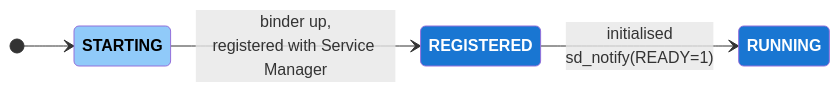
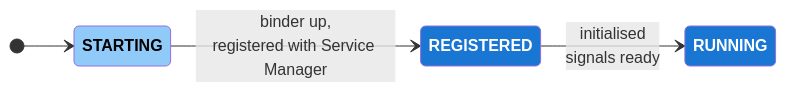
Before and after one commit to rdkcentral/rdk-halif-aidl: the first of 4 diagrams in docs/vsi/boot_sequence/current/module_boot_sequence.md, drawn with Mermaid. The commit also changed other lines of this file, not shown here.

First line of the commit message:
docs(vsi): state readiness behaviourally; sd_notify is an example

````diff
--- a/docs/vsi/boot_sequence/current/module_boot_sequence.md
+++ b/docs/vsi/boot_sequence/current/module_boot_sequence.md
@@ -38,12 +38,12 @@
 ```mermaid
 stateDiagram-v2
     direction LR
     [*] --> STARTING
     STARTING --> REGISTERED: binder up,<br>registered with Service Manager
-    REGISTERED --> RUNNING: initialised<br>sd_notify(READY=1)
+    REGISTERED --> RUNNING: initialised<br>signals ready
 
     classDef NonTransitory fill:#1976D2, color:white, font-weight:bold;
     classDef Transitory fill:#90CAF9, color:black, font-weight:bold;
     class REGISTERED,RUNNING NonTransitory
     class STARTING Transitory
 ```
````
